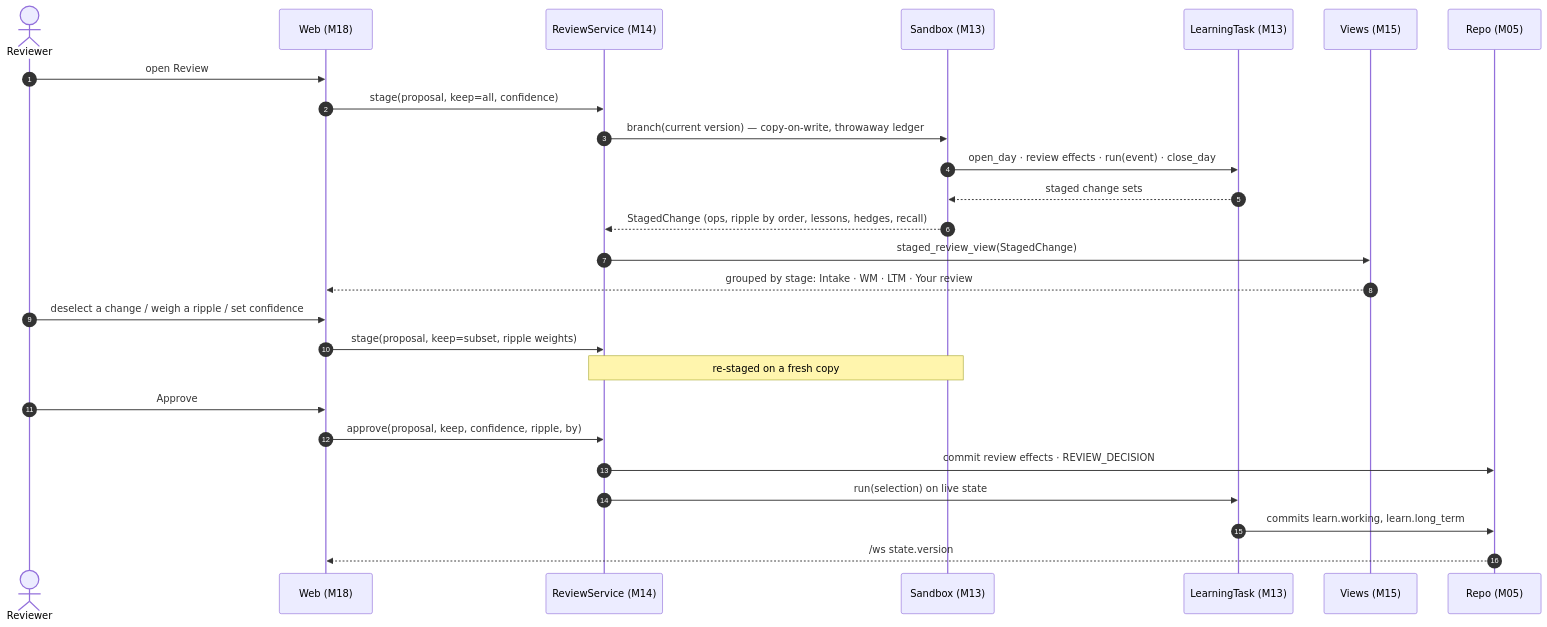
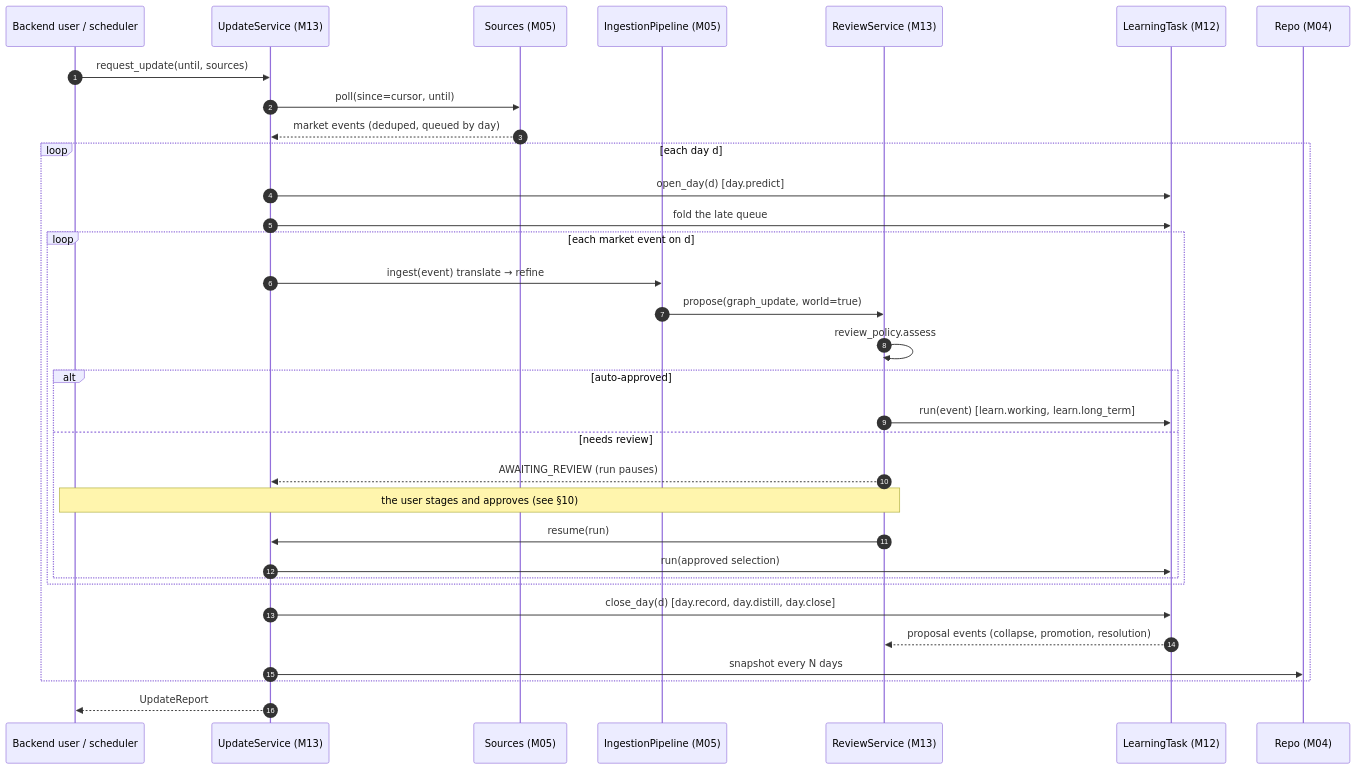
Before and after one commit to Axelrod-AI-Engineering/world-model: the fifth of 9 diagrams in docs/design/architecture.md, drawn with Mermaid. The commit also changed other lines of this file and 47 other files, not shown here.

````diff
--- a/docs/design/architecture.md
+++ b/docs/design/architecture.md
@@ -370,29 +155,36 @@
 ```mermaid
 sequenceDiagram
   autonumber
-  actor P as Reviewer
-  participant W as Web (M18)
-  participant RS as ReviewService (M14)
-  participant SB as Sandbox (M13)
-  participant LT as LearningTask (M13)
-  participant V as Views (M15)
-  participant R as Repo (M05)
+  participant U as Backend user / scheduler
+  participant US as UpdateService (M13)
+  participant SRC as Sources (M05)
+  participant IP as IngestionPipeline (M05)
+  participant RS as ReviewService (M13)
+  participant LT as LearningTask (M12)
+  participant R as Repo (M04)
 
-  P->>W: open Review
-  W->>RS: stage(proposal, keep=all, confidence)
-  RS->>SB: branch(current version) — copy-on-write, throwaway ledger
-  SB->>LT: open_day · review effects · run(event) · close_day
-  LT-->>SB: staged change sets
-  SB-->>RS: StagedChange (ops, ripple by order, lessons, hedges, recall)
-  RS->>V: staged_review_view(StagedChange)
-  V-->>W: grouped by stage: Intake · WM · LTM · Your review
-  P->>W: deselect a change / weigh a ripple / set confidence
-  W->>RS: stage(proposal, keep=subset, ripple weights)
-  Note over RS,SB: re-staged on a fresh copy
-  P->>W: Approve
-  W->>RS: approve(proposal, keep, confidence, ripple, by)
-  RS->>R: commit review effects · REVIEW_DECISION
-  RS->>LT: run(selection) on live state
-  LT->>R: commits learn.working, learn.long_term
-  R-->>W: /ws state.version
+  U->>US: request_update(until, sources)
+  US->>SRC: poll(since=cursor, until)
+  SRC-->>US: market events (deduped, queued by day)
+  loop each day d
+    US->>LT: open_day(d)  [day.predict]
+    US->>LT: fold the late queue
+    loop each market event on d
+      US->>IP: ingest(event)  translate → refine
+      IP->>RS: propose(graph_update, world=true)
+      RS->>RS: review_policy.assess
+      alt auto-approved
+        RS->>LT: run(event)  [learn.working, learn.long_term]
+      else needs review
+        RS-->>US: AWAITING_REVIEW (run pauses)
+        Note over U,RS: the user stages and approves (see §10)
+        RS->>US: resume(run)
+        US->>LT: run(approved selection)
+      end
+    end
+    US->>LT: close_day(d)  [day.record, day.distill, day.close]
+    LT-->>RS: proposal events (collapse, promotion, resolution)
+    US->>R: snapshot every N days
+  end
+  US-->>U: UpdateReport
 ```
````
